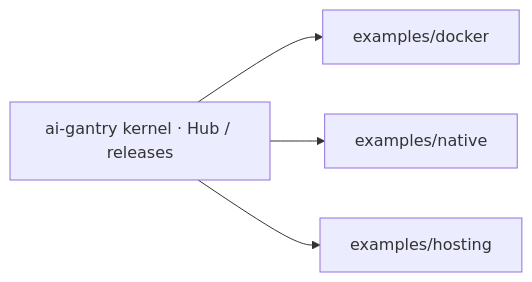
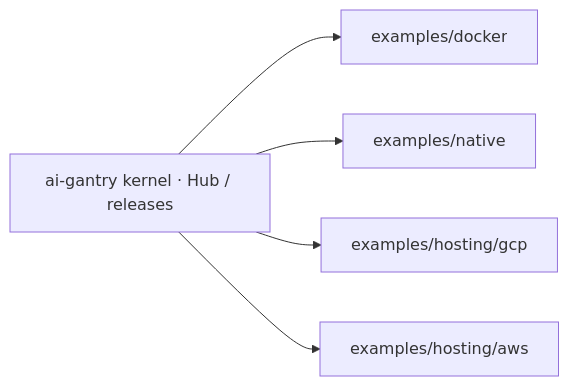
One commit to shotah/ai-gantry changed the diagram in examples/README.md. Above: the diagram before and after it, drawn with Mermaid. The commit also changed other lines of this file and 34 other files, not shown here.

````diff
--- a/examples/README.md
+++ b/examples/README.md
@@ -23,7 +25,8 @@
 ```mermaid
 flowchart LR
   K[ai-gantry kernel · Hub / releases]
   K --> D[examples/docker]
   K --> N[examples/native]
-  K --> H[examples/hosting]
+  K --> HG[examples/hosting/gcp]
+  K --> HA[examples/hosting/aws]
 ```
````
